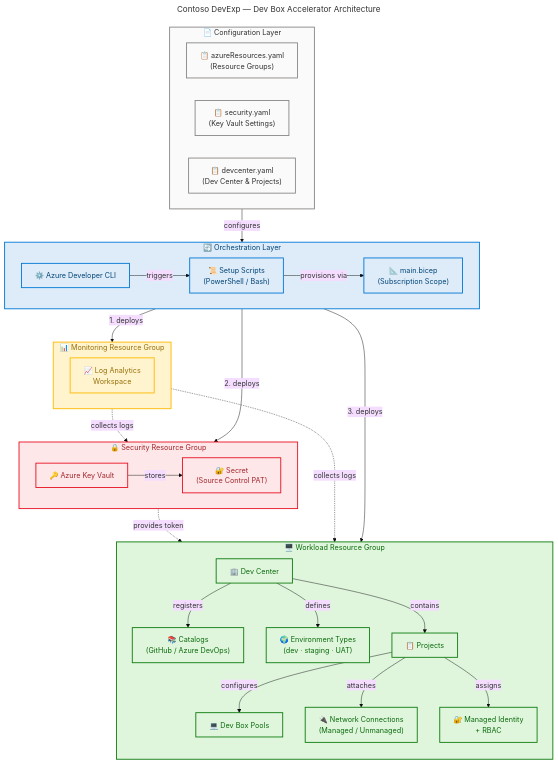
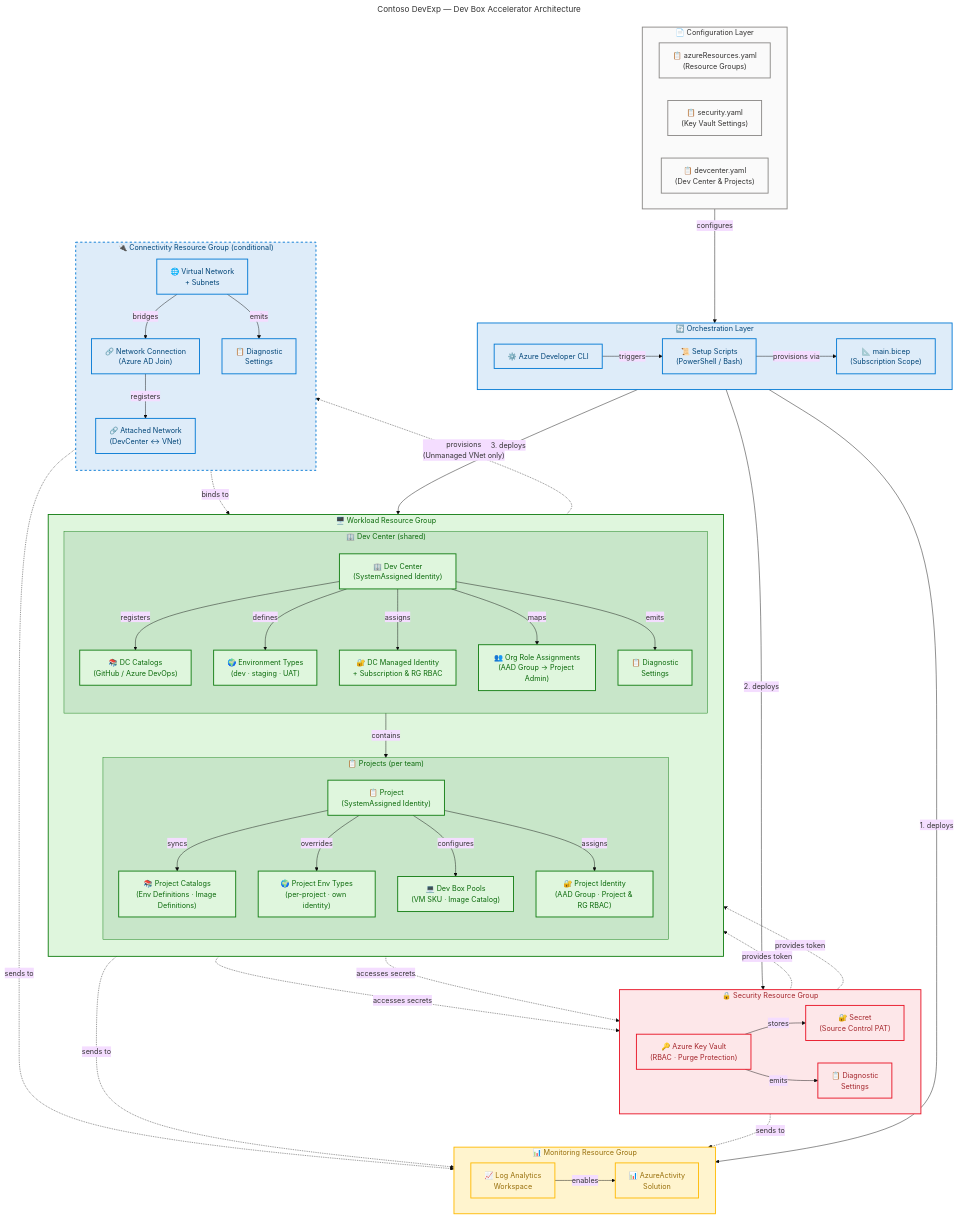
One commit to Evilazaro/DevExp-DevBox changed the diagram in README.md. Above: the diagram before and after it, drawn with Mermaid. The commit also changed other lines of this file, not shown here.

Commit message:
docs: enhance architecture section in README.md for clarity and detail on resource groups and configurations

```diff
--- a/README.md
+++ b/README.md
@@ -71,7 +76,7 @@
 ---
 flowchart TB
     %% ═══════════════════════════════════════════════════════════════════════════
-    %% AZURE / FLUENT ARCHITECTURE PATTERN v1.1
+    %% AZURE / FLUENT ARCHITECTURE PATTERN v1.2
     %% (Semantic + Structural + Font + Accessibility Governance)
     %% ═══════════════════════════════════════════════════════════════════════════
     %% PHASE 1 - STRUCTURAL: Direction explicit, flat topology, nesting ≤ 3
@@ -82,7 +87,7 @@
     %% ═══════════════════════════════════════════════════════════════════════════
 
     accTitle: Dev Box Accelerator Architecture
-    accDescr: Shows the configuration-driven deployment architecture with YAML configuration layer, orchestration tooling, and three Azure resource groups provisioned in dependency order through subscription-scoped Bicep modules
+    accDescr: Shows the configuration-driven deployment architecture with YAML configuration layer, orchestration tooling, three core Azure resource groups plus conditional connectivity resource groups, provisioned in dependency order through subscription-scoped Bicep modules with diagnostic settings and cross-group RBAC
 
     subgraph config["📄 Configuration Layer"]
         direction LR
@@ -104,44 +109,85 @@
     subgraph monitoring["📊 Monitoring Resource Group"]
         direction LR
         logAnalytics["📈 Log Analytics<br/>Workspace"]:::warning
+        azActivity["📊 AzureActivity<br/>Solution"]:::warning
+
+        logAnalytics -->|"enables"| azActivity
     end
 
     subgraph security["🔒 Security Resource Group"]
         direction LR
-        keyVault["🔑 Azure Key Vault"]:::danger
+        keyVault["🔑 Azure Key Vault<br/>(RBAC · Purge Protection)"]:::danger
         secret["🔐 Secret<br/>(Source Control PAT)"]:::danger
+        kvDiag["📋 Diagnostic<br/>Settings"]:::danger
 
         keyVault -->|"stores"| secret
+        keyVault -->|"emits"| kvDiag
     end
 
     subgraph workload["🖥️ Workload Resource Group"]
         direction TB
-        devCenter["🏢 Dev Center"]:::success
-        catalog["📚 Catalogs<br/>(GitHub / Azure DevOps)"]:::success
-        envTypes["🌍 Environment Types<br/>(dev · staging · UAT)"]:::success
-        project["📋 Projects"]:::success
-        pools["💻 Dev Box Pools"]:::success
-        netConn["🔌 Network Connections<br/>(Managed / Unmanaged)"]:::success
-        identity["🔐 Managed Identity<br/>+ RBAC"]:::success
 
-        devCenter -->|"registers"| catalog
-        devCenter -->|"defines"| envTypes
-        devCenter -->|"contains"| project
-        project -->|"configures"| pools
-        project -->|"attaches"| netConn
-        project -->|"assigns"| identity
+        subgraph dcCore["🏢 Dev Center (shared)"]
+            direction TB
+            devCenter["🏢 Dev Center<br/>(SystemAssigned Identity)"]:::success
+            dcCatalog["📚 DC Catalogs<br/>(GitHub / Azure DevOps)"]:::success
+            envTypes["🌍 Environment Types<br/>(dev · staging · UAT)"]:::success
+            dcIdentity["🔐 DC Managed Identity<br/>+ Subscription & RG RBAC"]:::success
+            orgRoles["👥 Org Role Assignments<br/>(AAD Group → Project Admin)"]:::success
+            dcDiag["📋 Diagnostic<br/>Settings"]:::success
+
+            devCenter -->|"registers"| dcCatalog
+            devCenter -->|"defines"| envTypes
+            devCenter -->|"assigns"| dcIdentity
+            devCenter -->|"maps"| orgRoles
+            devCenter -->|"emits"| dcDiag
+        end
+
+        subgraph projGroup["📋 Projects (per team)"]
+            direction TB
+            project["📋 Project<br/>(SystemAssigned Identity)"]:::success
+            projCatalog["📚 Project Catalogs<br/>(Env Definitions · Image Definitions)"]:::success
+            projEnvTypes["🌍 Project Env Types<br/>(per-project · own identity)"]:::success
+            pools["💻 Dev Box Pools<br/>(VM SKU · Image Catalog)"]:::success
+            projIdentity["🔐 Project Identity<br/>(AAD Group · Project & RG RBAC)"]:::success
+
+            project -->|"syncs"| projCatalog
+            project -->|"overrides"| projEnvTypes
+            project -->|"configures"| pools
+            project -->|"assigns"| projIdentity
+        end
+
+        dcCore -->|"contains"| projGroup
+    end
+
+    subgraph connectivity["🔌 Connectivity Resource Group (conditional)"]
+        direction TB
+        vnet["🌐 Virtual Network<br/>+ Subnets"]:::core
+        netConn["🔗 Network Connection<br/>(Azure AD Join)"]:::core
+        attachedNet["🔗 Attached Network<br/>(DevCenter ↔ VNet)"]:::core
+        vnetDiag["📋 Diagnostic<br/>Settings"]:::core
+
+        vnet -->|"bridges"| netConn
+        netConn -->|"registers"| attachedNet
+        vnet -->|"emits"| vnetDiag
     end
 
     config -->|"configures"| bicep
     bicep -->|"1. deploys"| monitoring
     bicep -->|"2. deploys"| security
     bicep -->|"3. deploys"| workload
-    logAnalytics -.->|"collects logs"| devCenter
-    logAnalytics -.->|"collects logs"| keyVault
-    secret -.->|"provides token"| devCenter
+    project -.->|"provisions<br/>(Unmanaged VNet only)"| connectivity
+    attachedNet -.->|"binds to"| devCenter
+    kvDiag -.->|"sends to"| logAnalytics
+    dcDiag -.->|"sends to"| logAnalytics
+    vnetDiag -.->|"sends to"| logAnalytics
+    secret -.->|"provides token"| dcCatalog
+    secret -.->|"provides token"| projCatalog
+    dcIdentity -.->|"accesses secrets"| keyVault
+    projIdentity -.->|"accesses secrets"| keyVault
 
     %% ============================================
-    %% SUBGRAPH STYLING (5 subgraphs = 5 style directives)
+    %% SUBGRAPH STYLING (6 subgraphs + 2 nested = 8 style directives)
     %% config uses neutral gray — non-semantic, configuration files
     %% Functional siblings use distinct semantic colors (MRM-C001)
     %% Subgraph fill matches content node color (MRM-C005)
@@ -151,6 +197,9 @@
     style monitoring fill:#FFF4CE,stroke:#FFB900,stroke-width:2px,color:#986F0B
     style security fill:#FDE7E9,stroke:#E81123,stroke-width:2px,color:#A4262C
     style workload fill:#DFF6DD,stroke:#107C10,stroke-width:2px,color:#0B6A0B
+    style dcCore fill:#C8E6C9,stroke:#107C10,stroke-width:1px,color:#0B6A0B
+    style projGroup fill:#C8E6C9,stroke:#107C10,stroke-width:1px,color:#0B6A0B
+    style connectivity fill:#DEECF9,stroke:#0078D4,stroke-width:2px,color:#004578,stroke-dasharray:5 5
 
     %% ============================================
     %% COLOR DOCUMENTATION (MRM-D001)
```
